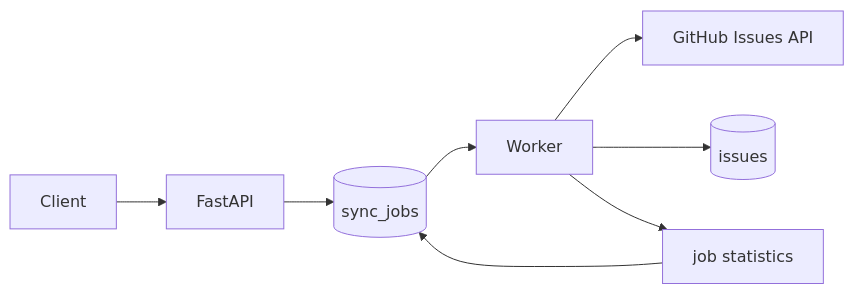
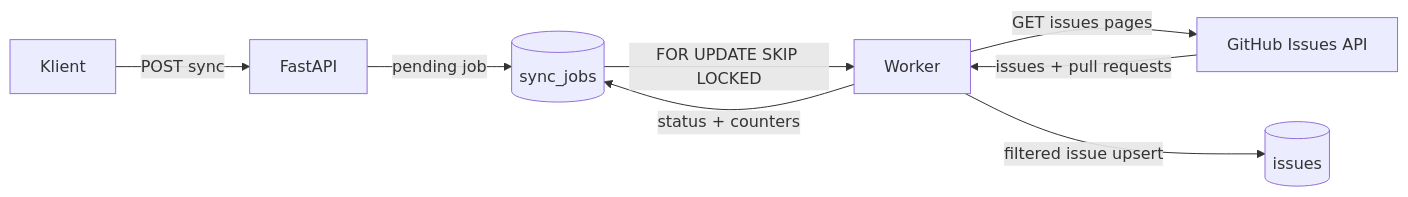
Before and after one commit to lukaszj321/github-data-sync-service: the diagram in README.md, drawn with Mermaid. The commit also changed other lines of this file and 2 other files, not shown here.

````diff
--- a/README.md
+++ b/README.md
@@ -35,10 +143,10 @@
 ```mermaid
 flowchart LR
-    Client[Client] --> API[FastAPI]
-    API --> Jobs[(sync_jobs)]
-    Jobs --> Worker[Worker]
-    Worker --> GitHub[GitHub Issues API]
-    Worker --> Issues[(issues)]
-    Worker --> Stats[job statistics]
-    Stats --> Jobs
+    Client[Klient] -->|POST sync| API[FastAPI]
+    API -->|pending job| Jobs[(sync_jobs)]
+    Jobs -->|FOR UPDATE SKIP LOCKED| Worker[Worker]
+    Worker -->|GET issues pages| GitHub[GitHub Issues API]
+    GitHub -->|issues + pull requests| Worker
+    Worker -->|filtered issue upsert| Issues[(issues)]
+    Worker -->|status + counters| Jobs
 ```
````
